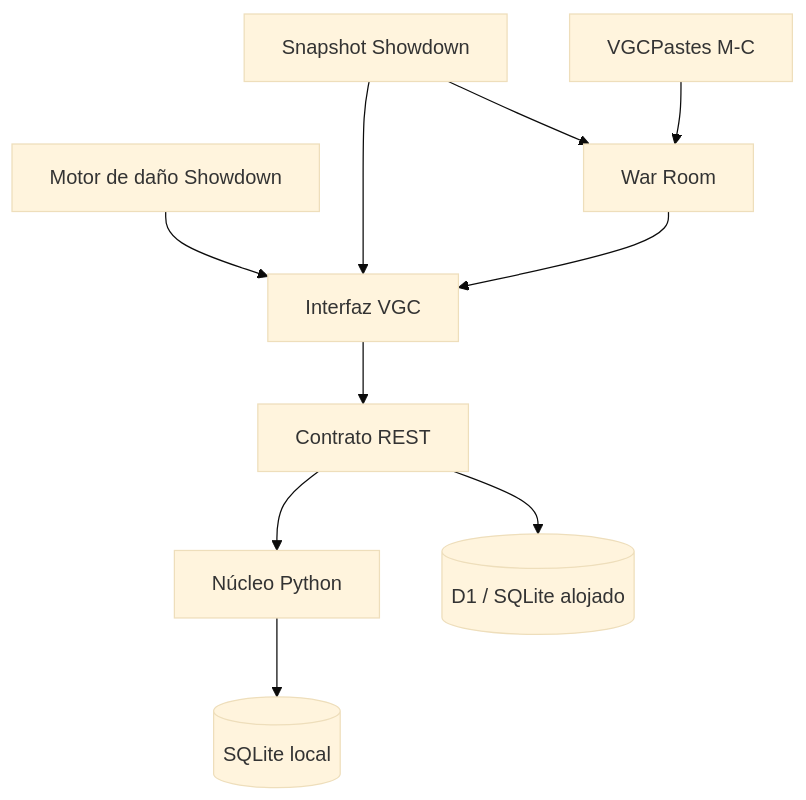
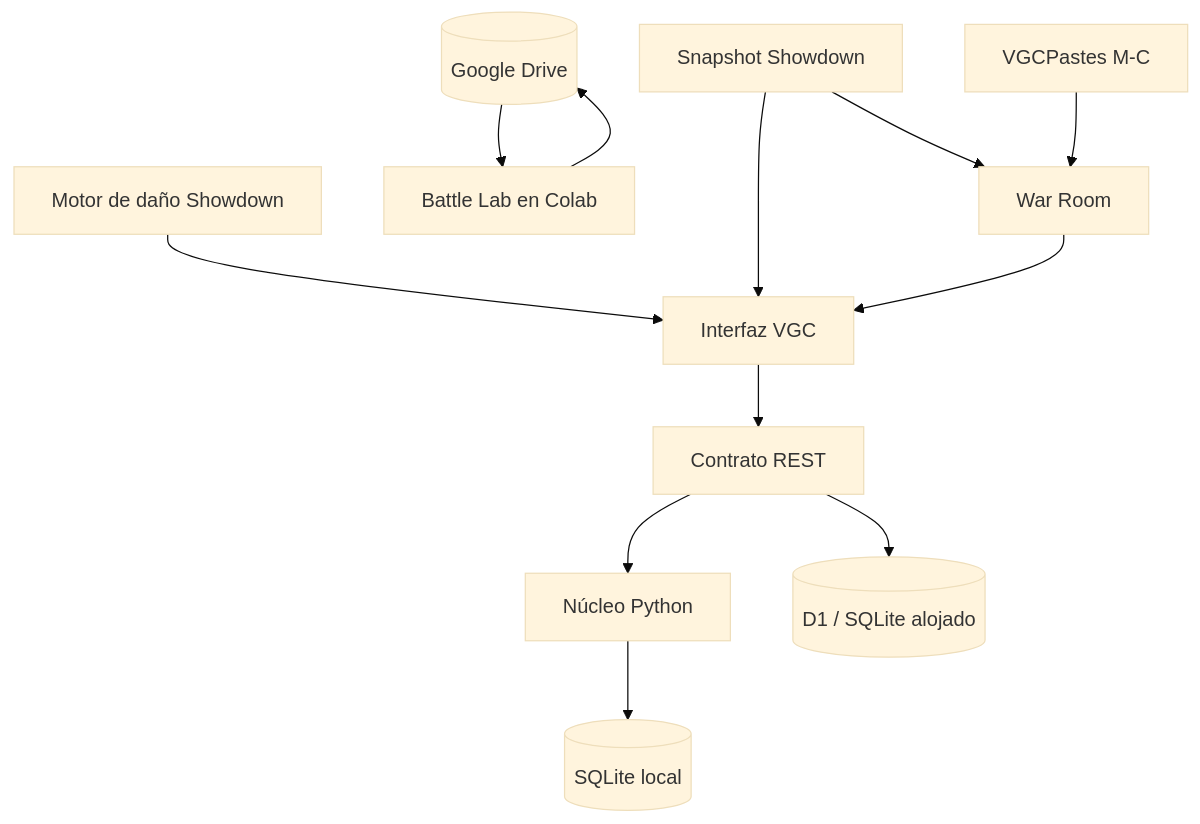
Before and after one commit to Iesyo/pkmn: the diagram in docs/architecture.md, drawn with Mermaid (base theme). The commit also changed other lines of this file and 9 other files, not shown here.

Commit message:
feat: bootstrap Battle Lab Showdown phase 1

````diff
--- a/docs/architecture.md
+++ b/docs/architecture.md
@@ -12,12 +12,14 @@
 ```mermaid
 flowchart TD
     UI[Interfaz VGC] --> API[Contrato REST]
     DEX[Snapshot Showdown] --> UI
     CALC[Motor de daño Showdown] --> UI
     CORPUS[VGCPastes M-C] --> WAR[War Room]
     DEX --> WAR
     WAR --> UI
     API --> PY[Núcleo Python]
     PY --> SQL[(SQLite local)]
     API --> D1[(D1 / SQLite alojado)]
+    DRIVE[(Google Drive)] --> LAB[Battle Lab en Colab]
+    LAB --> DRIVE
 ```
````
